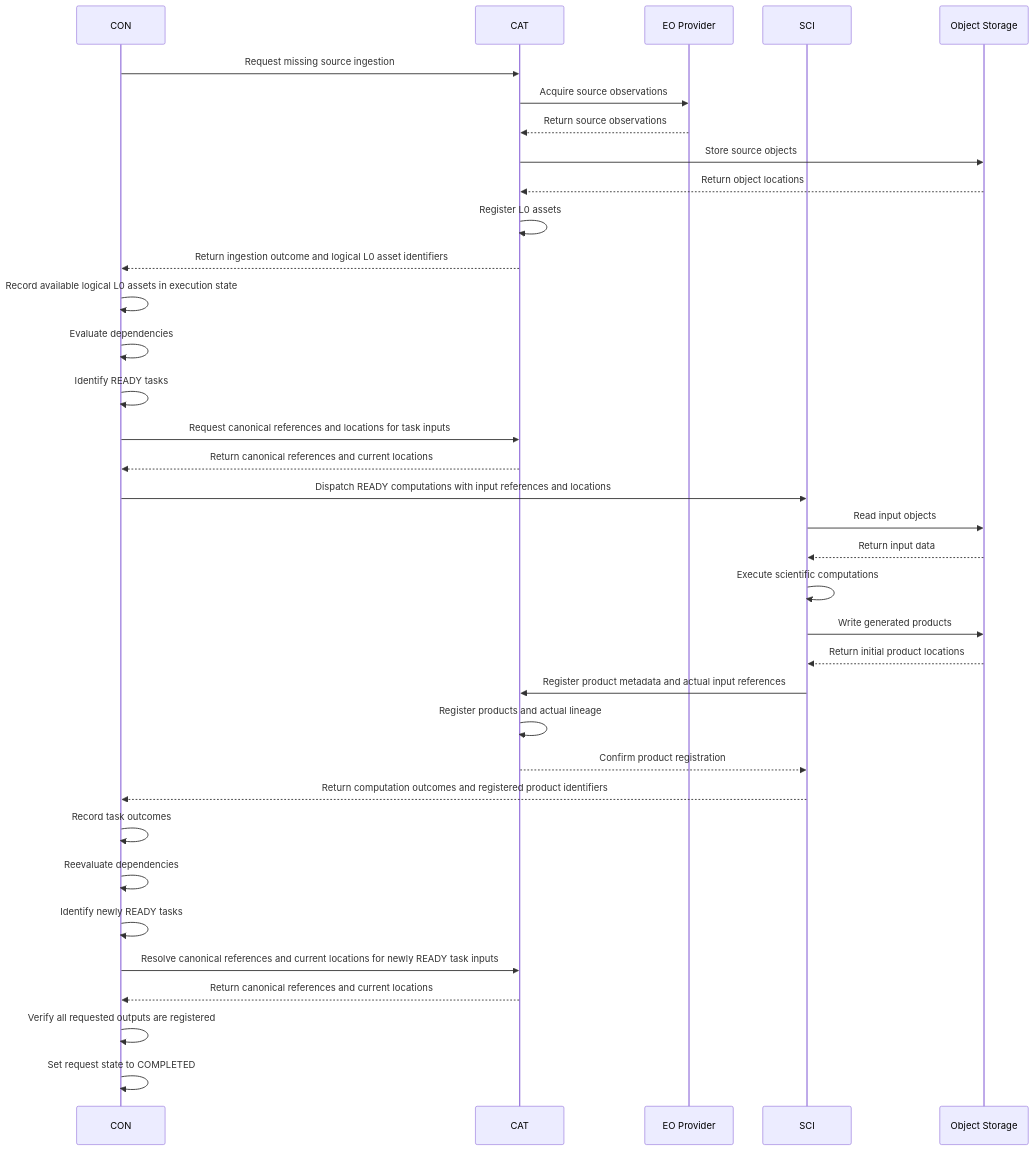
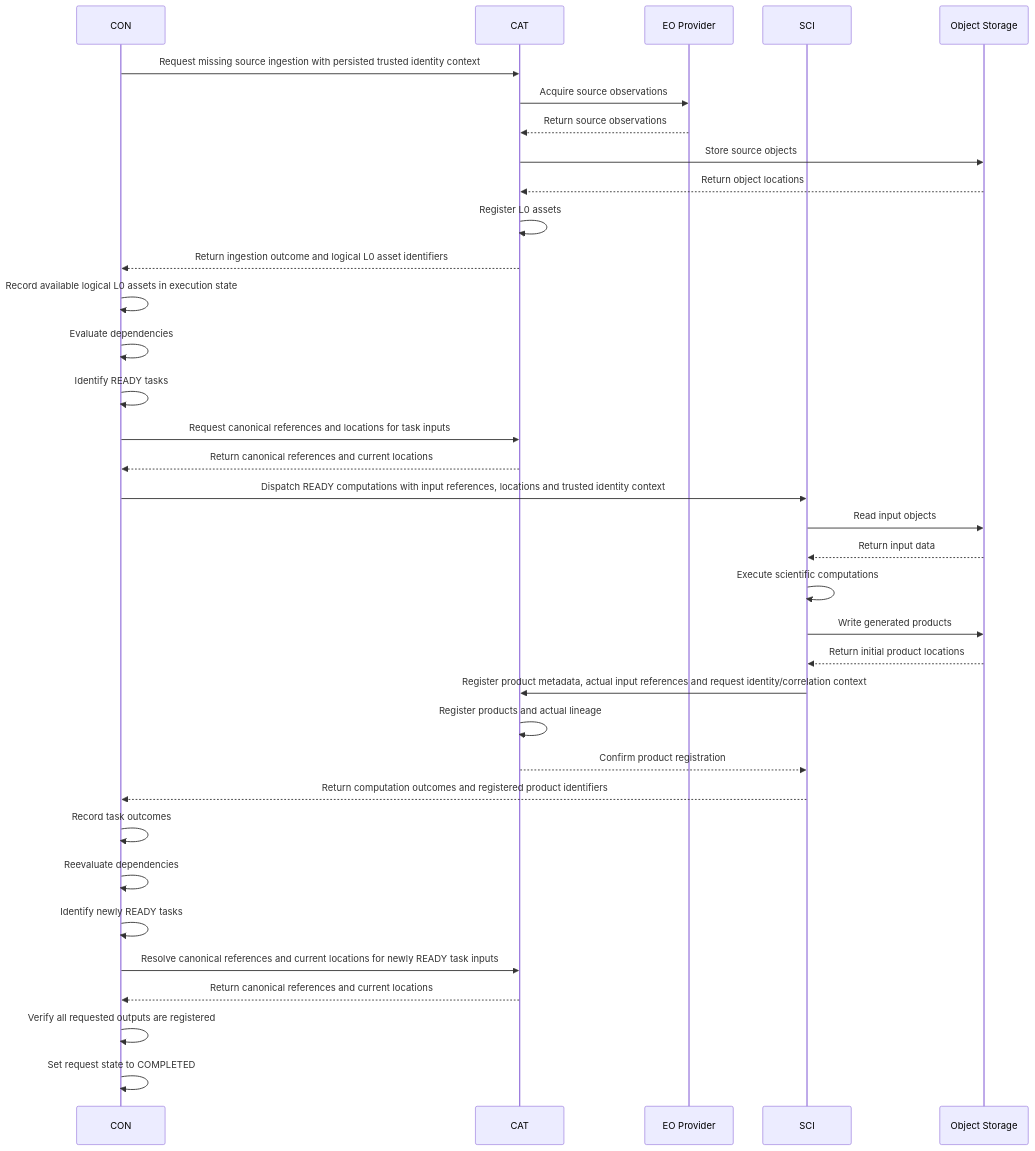
The diagram in documentation/architecture/sequence_diagrams/execute-analysis.md (arnaudsomville/MEOGAP), drawn with Mermaid before and after one commit. The commit also changed other lines of this file, not shown here.

Commit message:
docs: integrate ENG-15 identity context in sequences

````diff
--- a/documentation/architecture/sequence_diagrams/execute-analysis.md
+++ b/documentation/architecture/sequence_diagrams/execute-analysis.md
@@ -15,41 +15,41 @@
 ```mermaid
 sequenceDiagram
     participant CON
     participant CAT
     participant EO as EO Provider
     participant SCI
     participant S3 as Object Storage
 
-    CON->>CAT: Request missing source ingestion
+    CON->>CAT: Request missing source ingestion with persisted trusted identity context
     CAT->>EO: Acquire source observations
     EO-->>CAT: Return source observations
     CAT->>S3: Store source objects
     S3-->>CAT: Return object locations
     CAT->>CAT: Register L0 assets
     CAT-->>CON: Return ingestion outcome and logical L0 asset identifiers
 
     CON->>CON: Record available logical L0 assets in execution state
     CON->>CON: Evaluate dependencies
     CON->>CON: Identify READY tasks
     CON->>CAT: Request canonical references and locations for task inputs
     CAT-->>CON: Return canonical references and current locations
-    CON->>SCI: Dispatch READY computations with input references and locations
+    CON->>SCI: Dispatch READY computations with input references, locations and trusted identity context
 
     SCI->>S3: Read input objects
     S3-->>SCI: Return input data
     SCI->>SCI: Execute scientific computations
     SCI->>S3: Write generated products
     S3-->>SCI: Return initial product locations
-    SCI->>CAT: Register product metadata and actual input references
+    SCI->>CAT: Register product metadata, actual input references and request identity/correlation context
     CAT->>CAT: Register products and actual lineage
     CAT-->>SCI: Confirm product registration
     SCI-->>CON: Return computation outcomes and registered product identifiers
     CON->>CON: Record task outcomes
     CON->>CON: Reevaluate dependencies
     CON->>CON: Identify newly READY tasks
     CON->>CAT: Resolve canonical references and current locations for newly READY task inputs
     CAT-->>CON: Return canonical references and current locations
 
     CON->>CON: Verify all requested outputs are registered
     CON->>CON: Set request state to COMPLETED
 ```
````
